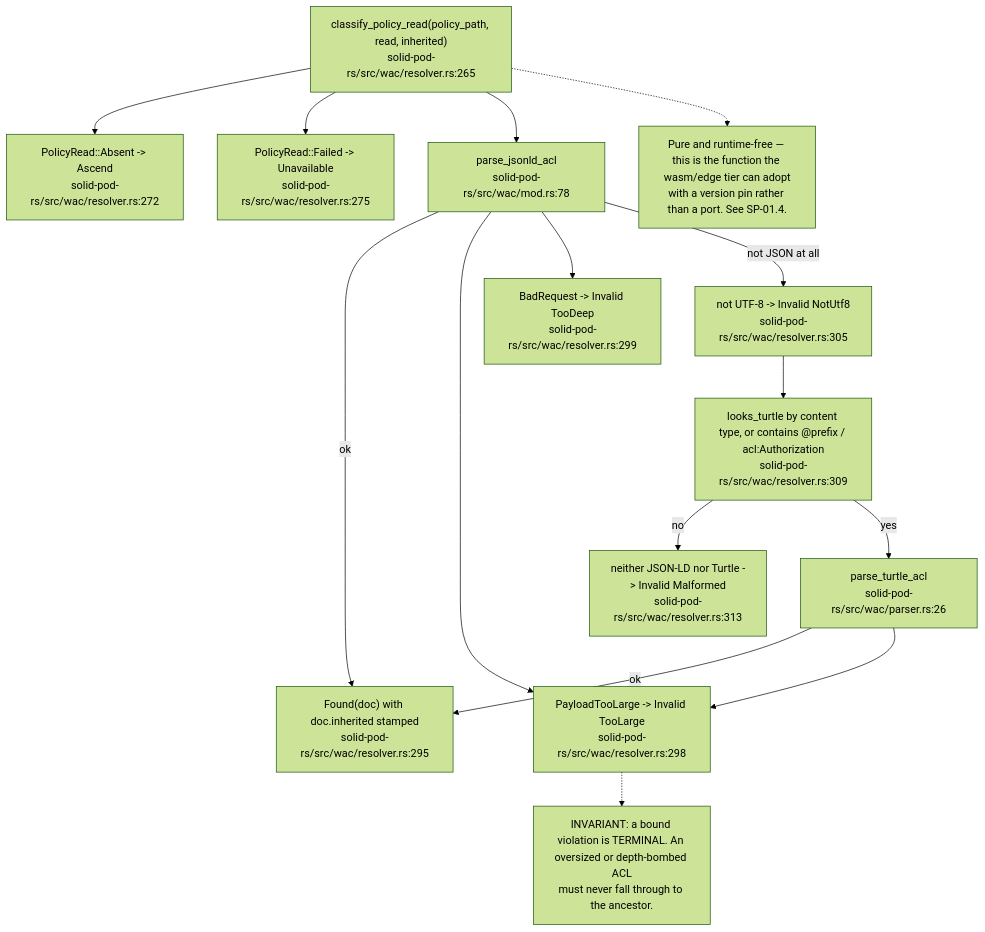
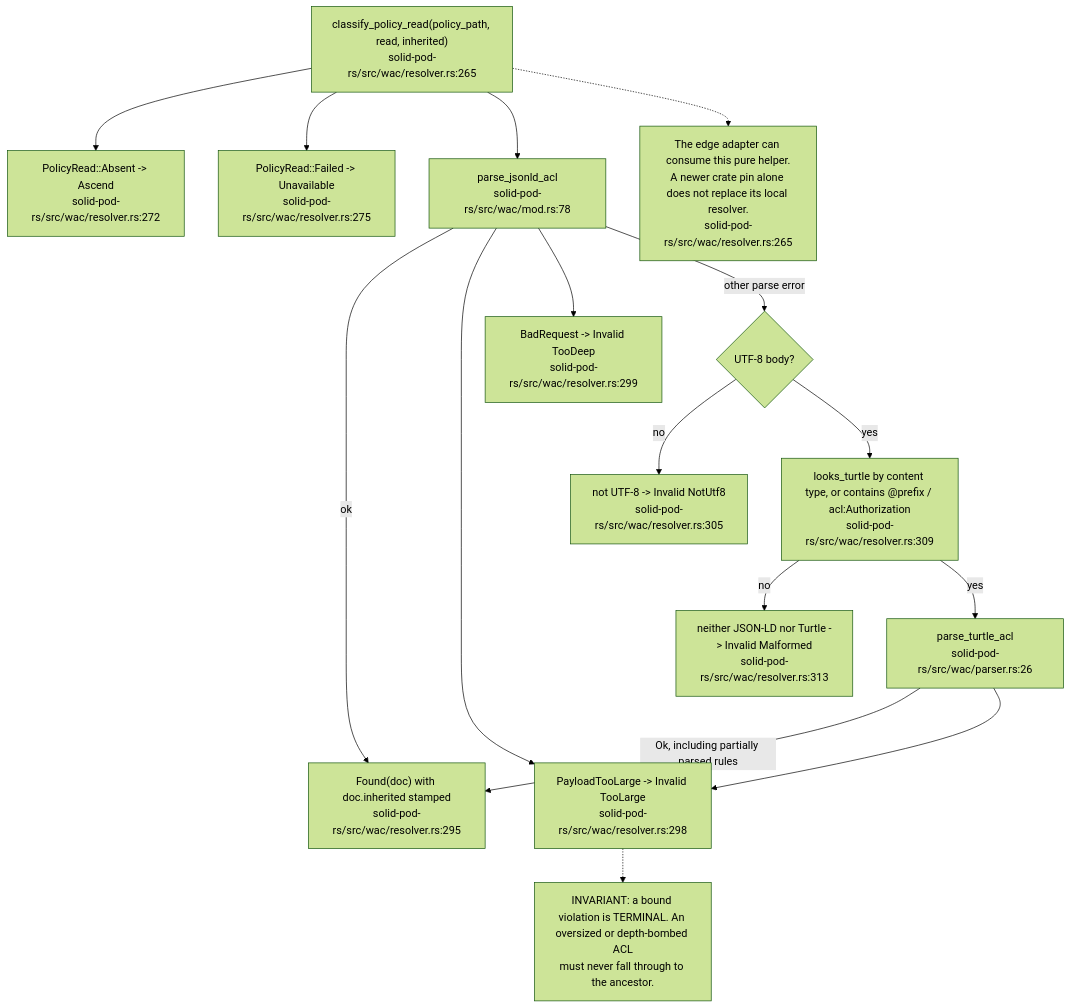
The fourth of 13 diagrams in docs/diagrams/solid-pod-rs/04-wac-authorisation.md (DreamLab-AI/VisionFlow), drawn with Mermaid (forest theme) before and after one commit. The commit also changed other lines of this file and 29 other files, not shown here.

Commit message:
docs: audit Solid policy parsing and typed resolver adoption

````diff
--- a/docs/diagrams/solid-pod-rs/04-wac-authorisation.md
+++ b/docs/diagrams/solid-pod-rs/04-wac-authorisation.md
@@ -126,32 +130,33 @@
 ```mermaid
 flowchart TD
     IN["classify_policy_read(policy_path, read, inherited)<br/>solid-pod-rs/src/wac/resolver.rs:265"]
     ABS["PolicyRead::Absent -> Ascend<br/>solid-pod-rs/src/wac/resolver.rs:272"]
     FAIL["PolicyRead::Failed -> Unavailable<br/>solid-pod-rs/src/wac/resolver.rs:275"]
     JL["parse_jsonld_acl<br/>solid-pod-rs/src/wac/mod.rs:78"]
     TOOBIG["PayloadTooLarge -> Invalid TooLarge<br/>solid-pod-rs/src/wac/resolver.rs:298"]
     TOODEEP["BadRequest -> Invalid TooDeep<br/>solid-pod-rs/src/wac/resolver.rs:299"]
     UTF["not UTF-8 -> Invalid NotUtf8<br/>solid-pod-rs/src/wac/resolver.rs:305"]
     SNIFF["looks_turtle by content type, or contains @prefix / acl:Authorization<br/>solid-pod-rs/src/wac/resolver.rs:309"]
     MAL["neither JSON-LD nor Turtle -> Invalid Malformed<br/>solid-pod-rs/src/wac/resolver.rs:313"]
     TT["parse_turtle_acl<br/>solid-pod-rs/src/wac/parser.rs:26"]
     FOUND["Found(doc) with doc.inherited stamped<br/>solid-pod-rs/src/wac/resolver.rs:295"]
 
     IN --> ABS
     IN --> FAIL
     IN --> JL
     JL -- ok --> FOUND
     JL --> TOOBIG
     JL --> TOODEEP
-    JL -- "not JSON at all" --> UTF
-    UTF --> SNIFF
+    JL -- "other parse error" --> DEC{"UTF-8 body?"}
+    DEC -- no --> UTF
+    DEC -- yes --> SNIFF
     SNIFF -- no --> MAL
     SNIFF -- yes --> TT
-    TT -- ok --> FOUND
+    TT -- "Ok, including partially parsed rules" --> FOUND
     TT --> TOOBIG
 
     N["INVARIANT: a bound violation is TERMINAL. An oversized or depth-bombed ACL<br/>must never fall through to the ancestor."]
     TOOBIG -.-> N
-    N2["Pure and runtime-free — this is the function the wasm/edge tier can adopt<br/>with a version pin rather than a port. See SP-01.4."]
+    N2["The edge adapter can consume this pure helper.<br/>A newer crate pin alone does not replace its local resolver.<br/>solid-pod-rs/src/wac/resolver.rs:265"]
     IN -.-> N2
 ```
````
